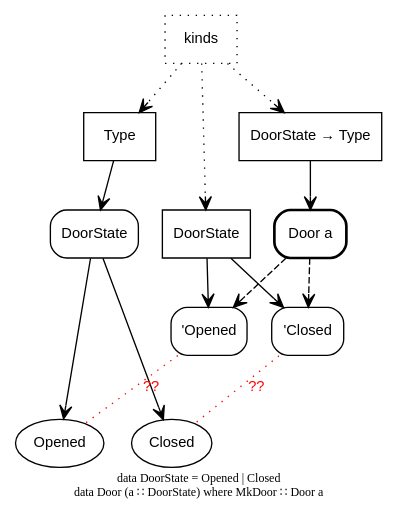
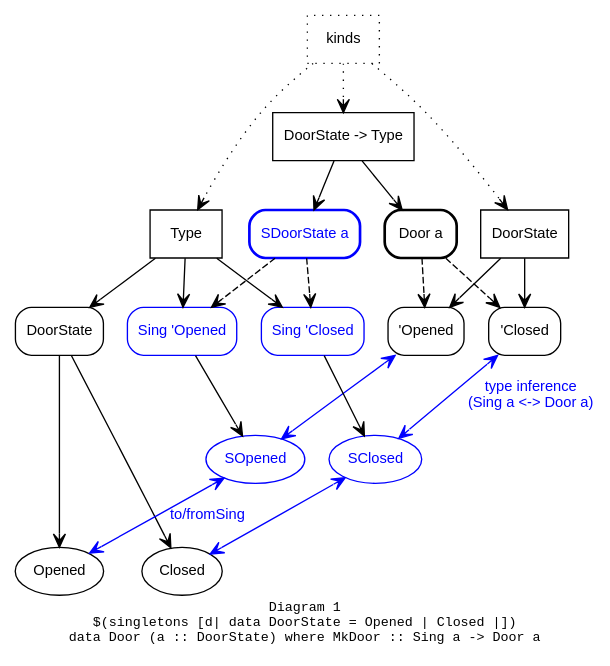
The diagram in dot/singletons1.gv (epoberezkin/poberezkin.com), drawn with Graphviz before and after one commit. The commit also changed 4 other files, not shown here.

```diff
--- a/dot/singletons1.gv
+++ b/dot/singletons1.gv
@@ -1,52 +1,72 @@
 digraph DataKinds {
-  label="data DoorState = Opened | Closed\ndata Door (a ∷ DoorState) where MkDoor ∷ Door a"
-  fontname="monaco"
-  fontsize=9
+  label="Diagram 1\n$(singletons [d| data DoorState = Opened | Closed |])\ndata Door (a :: DoorState) where MkDoor :: Sing a -> Door a"
+  fontname="monospace"
+  fontsize=10
   edge [ arrowhead=open
        , arrowtail=open
        , fontname="arial"
        , fontsize=11 ]
   node [ fontname="arial"
        , fontsize=11 ]
 
   subgraph DoorState {
     t [label=DoorState, shape=box, style=rounded]
     o [label=Opened]
     c [label=Closed]
     t -> o
     t -> c
   }
 
   subgraph DoorState_kind {
     node [shape=box]
     k [label=DoorState]
     to [label="'Opened", style=rounded]
     tc [label="'Closed", style=rounded]
     k -> to
     k -> tc
   }
 
   d [label="Door a", shape=box, style="rounded,bold"]
   d -> to [style=dashed]
   d -> tc [style=dashed]
 
   Type [shape=box]
   Type -> t
 
-  dk [label="DoorState → Type", shape=box]
+  dk [label="DoorState -> Type", shape=box]
   dk -> d
-  
+
   subgraph Kinds {
     edge [style=dotted]
     kinds [style=dotted, shape=box]
     kinds -> Type
     kinds -> k
     kinds -> dk
   }
 
-  subgraph No_Connection {
-    edge [dir=none, color=red, style=dotted, label="??", fontcolor=red]
-    to -> o
-    tc -> c
+  subgraph SDoorState {
+    node [color=blue, style=rounded, fontcolor=blue]
+    ts [label="SDoorState a", shape=box, style="rounded,bold"]
+    tso [label="Sing 'Opened", shape=box]
+    tsc [label="Sing 'Closed", shape=box]
+    so [label="SOpened"]
+    sc [label="SClosed"]
+    ts -> tso [style=dashed]
+    ts -> tsc [style=dashed]
+    tso -> so
+    tsc -> sc
+  }
+
+  dk -> ts
+
+  Type -> tso
+  Type -> tsc
+
+  subgraph Singleton_Connections {
+    edge [dir=both, color=blue, fontcolor=blue]
+    to -> so
+    tc -> sc [label="type inference\n(Sing a <-> Door a)"]
+    so -> o [label="to/fromSing"]
+    sc -> c
   }
 }
```
